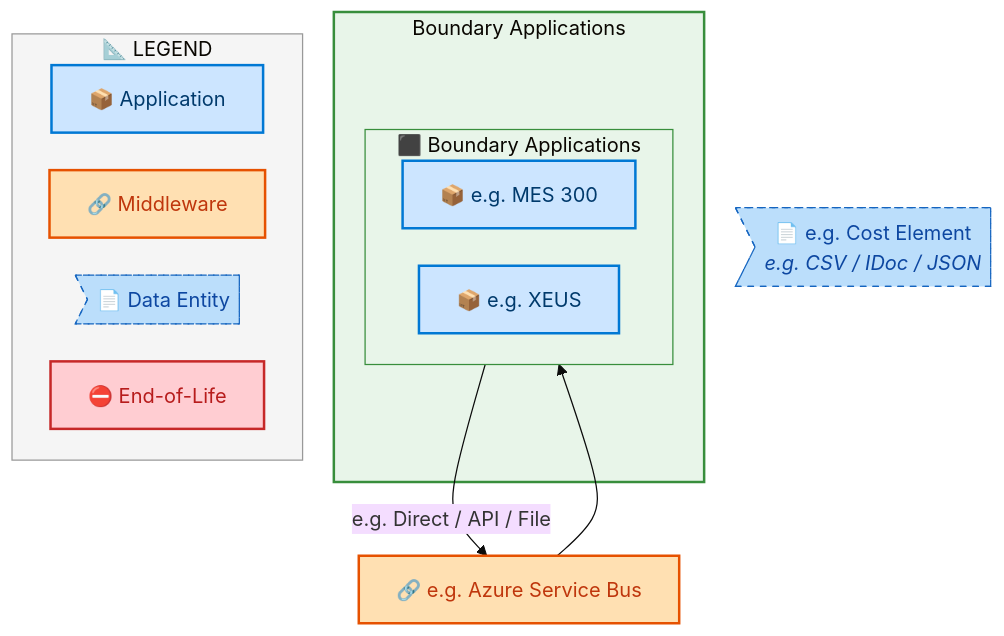
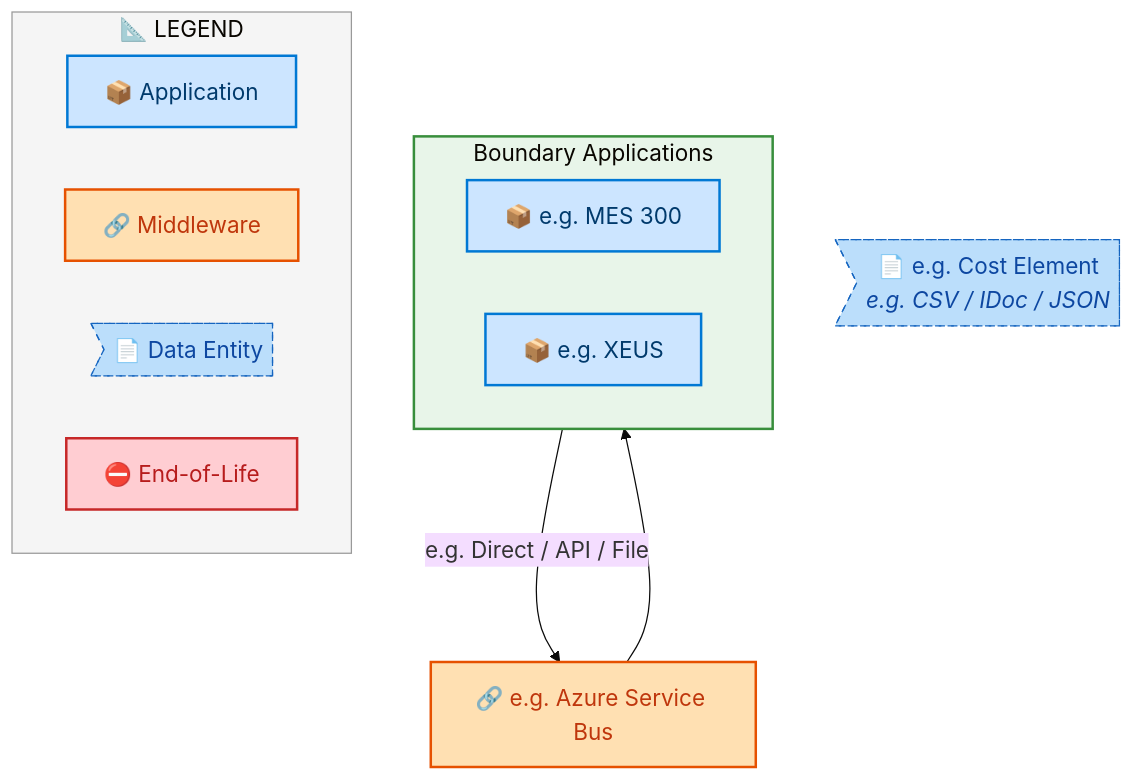
Before and after one commit to sajivfrancis777/IAO-Architecture: the fifth of 8 diagrams in towers/E2E/Procure to Pay/E2E-103/output/docs/systems-architecture/E2E-103-Architecture.md, drawn with Mermaid. The commit also changed other lines of this file and 251 other files, not shown here.

````diff
--- a/towers/E2E/Procure to Pay/E2E-103/output/docs/systems-architecture/E2E-103-Architecture.md
+++ b/towers/E2E/Procure to Pay/E2E-103/output/docs/systems-architecture/E2E-103-Architecture.md
@@ -570,40 +570,37 @@
 ```mermaid
-%%{init: {"theme": "base", "securityLevel": "loose", "themeVariables": {"fontSize": "16px", "fontFamily": "Segoe UI, Arial, sans-serif"}, "flowchart": {"useMaxWidth": false, "htmlLabels": true, "nodeSpacing": 30, "rankSpacing": 35}} }%%
+%%{init: {"theme": "base", "securityLevel": "loose", "themeVariables": {"fontSize": "18px", "fontFamily": "Segoe UI, Arial, sans-serif"}, "flowchart": {"useMaxWidth": false, "htmlLabels": true, "nodeSpacing": 50, "rankSpacing": 60}} }%%
 flowchart TB
     %% -- ArchiMate 3.2 + Azure style classes --
     classDef business      fill:#FFFFB3,stroke:#F9A825,stroke-width:2px,color:#000
     classDef app           fill:#CCE5FF,stroke:#0078D4,stroke-width:2px,color:#003A6C
     classDef data          fill:#BBDEFB,stroke:#1565C0,stroke-width:1px,color:#0D47A1,stroke-dasharray: 5 5
     classDef middleware    fill:#FFE0B2,stroke:#E65100,stroke-width:2px,color:#BF360C
     classDef eol           fill:#FFCDD2,stroke:#C62828,stroke-width:2px,color:#B71C1C
     classDef saas          fill:#E1BEE7,stroke:#7B1FA2,stroke-width:2px,color:#4A148C
     classDef cloud         fill:#BBDEFB,stroke:#1565C0,stroke-width:2px,color:#0D47A1
     classDef onprem        fill:#C8E6C9,stroke:#2E7D32,stroke-width:2px,color:#1B5E20
 
-    subgraph E2E103CT_Boundary_Applications["Boundary Applications"]
-        subgraph E2E103CLN_Boundary_Applications[" ⬛ Boundary Applications"]
-            direction LR
-            E2E103C_e_g_MES_300["📦 e.g. MES 300"]:::app
-            E2E103C_e_g_XEUS["📦 e.g. XEUS"]:::app
-        end
+    subgraph E2E103CLN_Boundary_Applications[" Boundary Applications"]
+        direction LR
+        E2E103C_e_g_MES_300["📦 e.g. MES 300"]:::app
+        E2E103C_e_g_XEUS["📦 e.g. XEUS"]:::app
     end
 
     E2E103CMW_e_g_Azure_Service_Bus["🔗 e.g. Azure Service Bus"]:::middleware
     E2E103CDE_e_g_Cost_Element>"📄 e.g. Cost Element<br/><i>e.g. CSV / IDoc / JSON</i>"]:::data
 
     E2E103C_e_g_MES_300 -->|"e.g. Direct / API / File"| E2E103CMW_e_g_Azure_Service_Bus
     E2E103CMW_e_g_Azure_Service_Bus --> E2E103C_e_g_XEUS
 
 
-    style E2E103CT_Boundary_Applications fill:#E8F5E9,stroke:#388E3C,stroke-width:2px
-    style E2E103CLN_Boundary_Applications fill:#E8F5E9,stroke:#388E3C,stroke-width:1px
+    style E2E103CLN_Boundary_Applications fill:#E8F5E9,stroke:#388E3C,stroke-width:2px
 
     subgraph Legend["📐 LEGEND"]
         direction LR
         L_APP["📦 Application"]:::app
         L_MW["🔗 Middleware"]:::middleware
         L_DE>"📄 Data Entity"]:::data
         L_EOL["⛔ End-of-Life"]:::eol
     end
     style Legend fill:#F5F5F5,stroke:#999,stroke-width:1px
 ```
````
